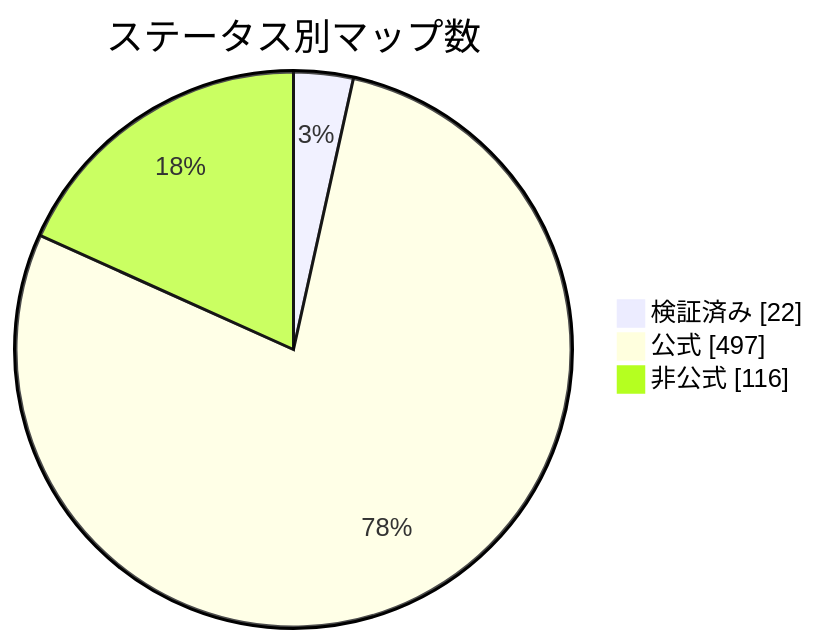
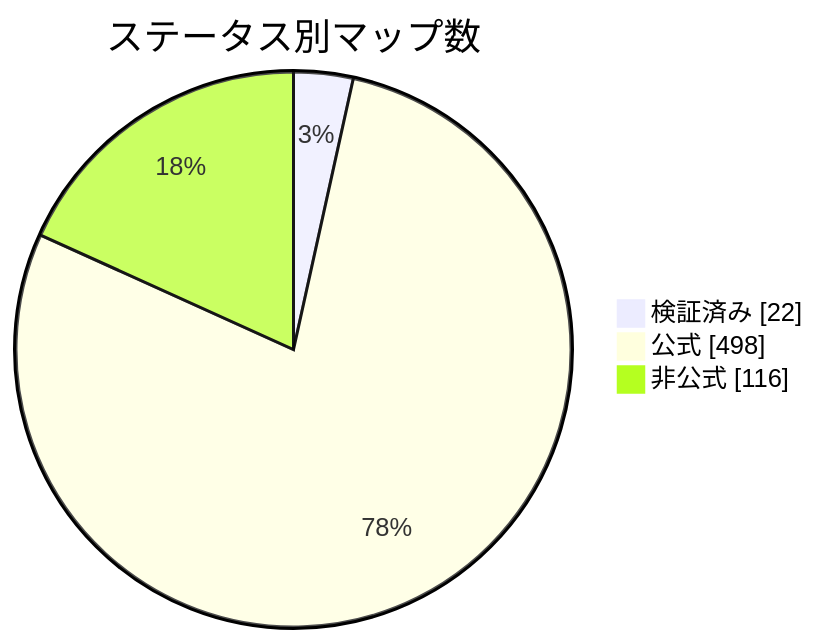
Before and after one commit to nobrega8/mbmap-library: the diagram in docs/readme/README_JP.md, drawn with Mermaid. The commit also changed 6 other files, not shown here.

````diff
--- a/docs/readme/README_JP.md
+++ b/docs/readme/README_JP.md
@@ -54,7 +54,7 @@
 ```mermaid
 pie showData
     title ステータス別マップ数
     "検証済み" : 22
-    "公式" : 497
+    "公式" : 498
     "非公式" : 116
 ```
````
